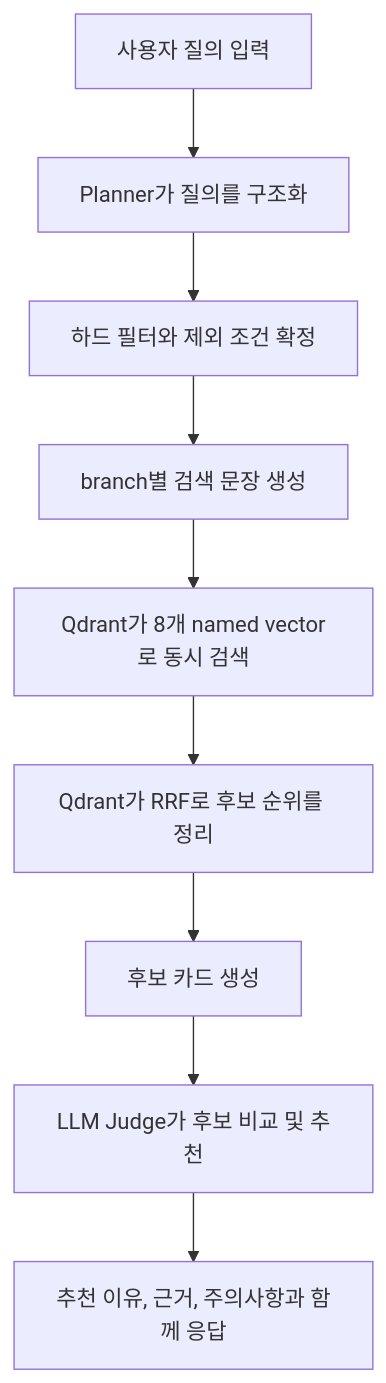
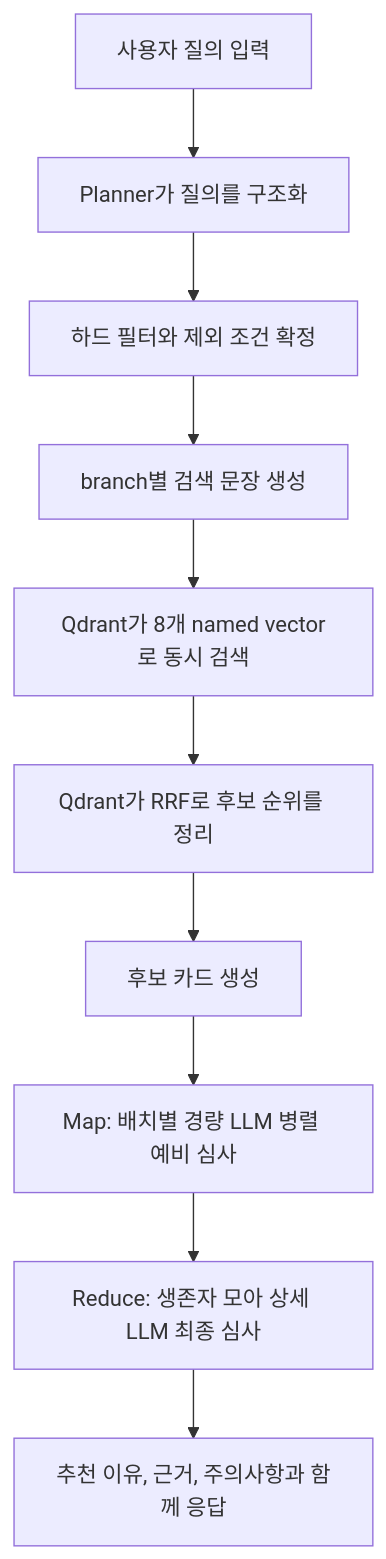
One commit to jusenglee/expert-match-api changed the diagram in docs/SERVICE_FLOW.md. Above: the diagram before and after it, drawn with Mermaid. The commit also changed other lines of this file and 5 other files, not shown here.

First line of the commit message:
feat: improve Map-Reduce judging process and Planner JSON handling

````diff
--- a/docs/SERVICE_FLOW.md
+++ b/docs/SERVICE_FLOW.md
@@ -17,11 +17,12 @@
 ```mermaid
 flowchart TD
     A["사용자 질의 입력"] --> B["Planner가 질의를 구조화"]
     B --> C["하드 필터와 제외 조건 확정"]
     C --> D["branch별 검색 문장 생성"]
     D --> E["Qdrant가 8개 named vector로 동시 검색"]
     E --> F["Qdrant가 RRF로 후보 순위를 정리"]
     F --> G["후보 카드 생성"]
-    G --> H["LLM Judge가 후보 비교 및 추천"]
-    H --> I["추천 이유, 근거, 주의사항과 함께 응답"]
+    G --> H1["Map: 배치별 경량 LLM 병렬 예비 심사"]
+    H1 --> H2["Reduce: 생존자 모아 상세 LLM 최종 심사"]
+    H2 --> I["추천 이유, 근거, 주의사항과 함께 응답"]
 ```
````
